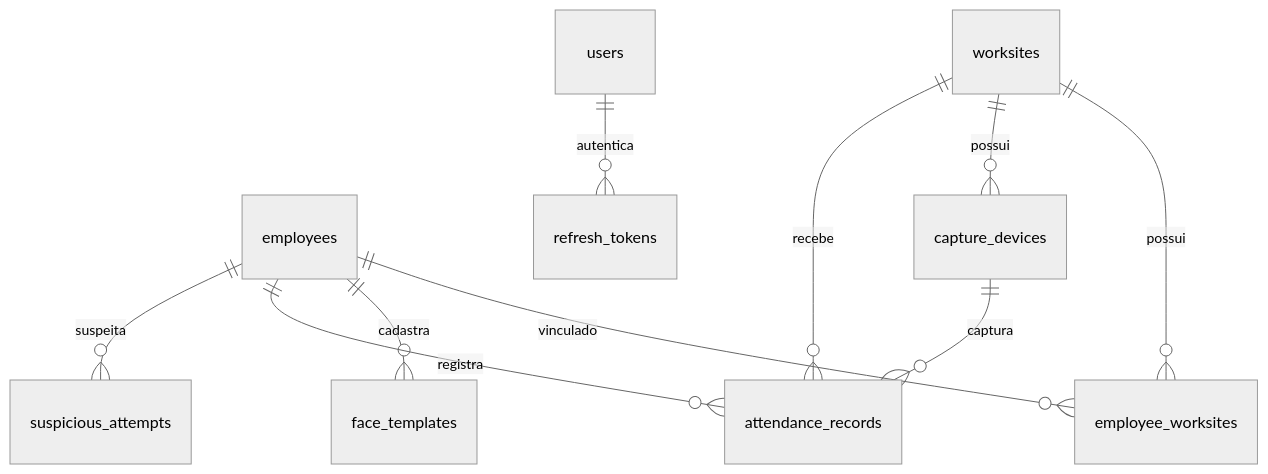
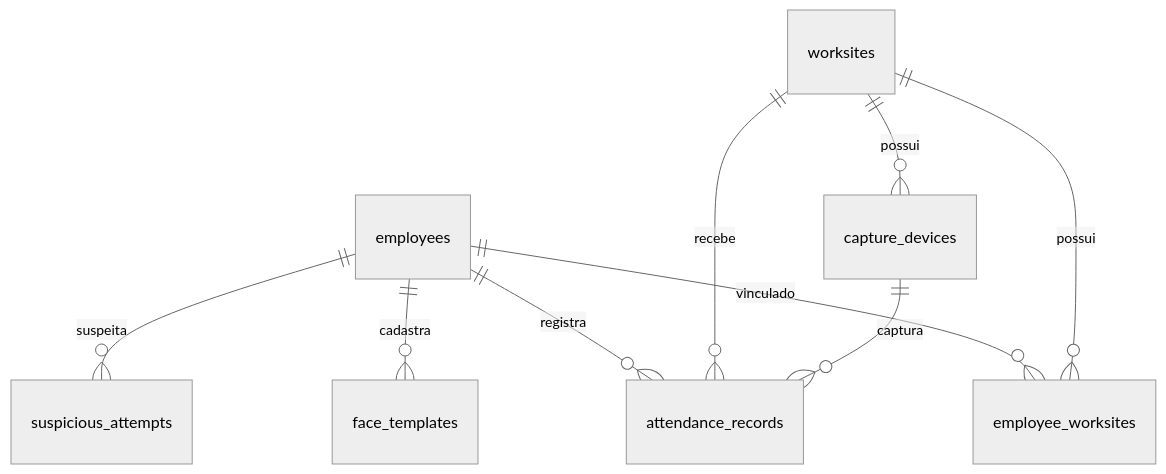
One commit to Projeto-Feira-Maluf-2026/projeto-novo-ponto-facial changed the second of 2 diagrams in docs/diagrams.md. Above: the diagram before and after it, drawn with Mermaid (neutral theme). The commit also changed other lines of this file and 63 other files, not shown here.

````diff
--- a/docs/diagrams.md
+++ b/docs/diagrams.md
@@ -45,12 +15,11 @@
 ```mermaid
 erDiagram
   employees ||--o{ employee_worksites : vinculado
   worksites ||--o{ employee_worksites : possui
   worksites ||--o{ capture_devices : possui
   employees ||--o{ face_templates : cadastra
   employees ||--o{ attendance_records : registra
   worksites ||--o{ attendance_records : recebe
   capture_devices ||--o{ attendance_records : captura
   employees ||--o{ suspicious_attempts : suspeita
-  users ||--o{ refresh_tokens : autentica
 ```
````
